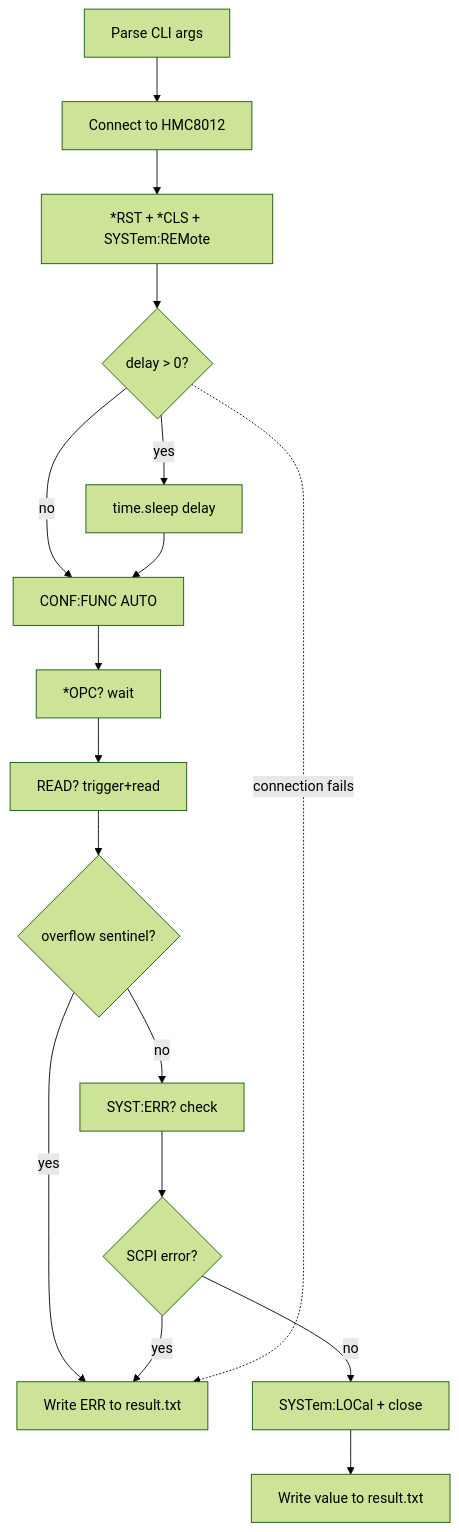
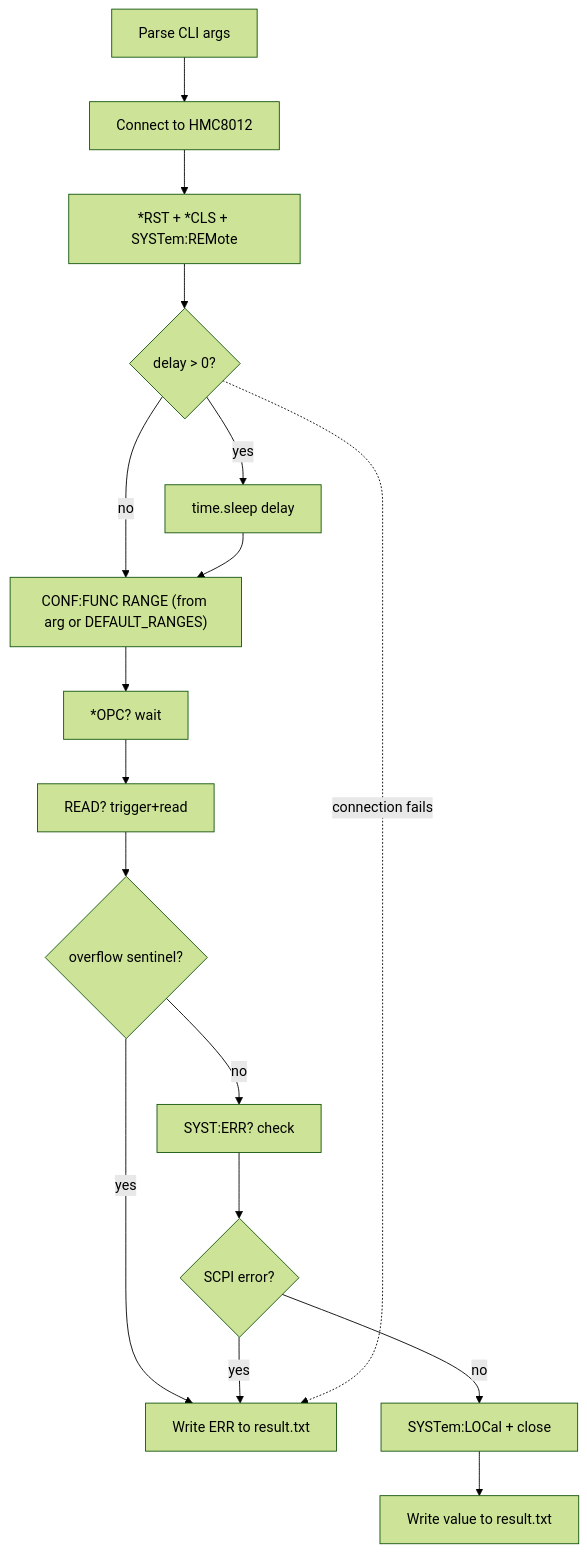
One commit to YarinCardillo/hmc8012-measure changed the third of 4 diagrams in README.md. Above: the diagram before and after it, drawn with Mermaid (forest theme). The commit also changed other lines of this file and 4 other files, not shown here.

````diff
--- a/README.md
+++ b/README.md
@@ -50,20 +170,20 @@
 ```mermaid
 flowchart TD
     A[Parse CLI args] --> B[Connect to HMC8012]
     B --> C[*RST + *CLS + SYSTem:REMote]
     C --> D{delay > 0?}
     D -- yes --> E[time.sleep delay]
     D -- no --> F
-    E --> F[CONF:FUNC AUTO]
+    E --> F["CONF:FUNC RANGE (from arg or DEFAULT_RANGES)"]
     F --> G[*OPC? wait]
     G --> H[READ? trigger+read]
     H --> I{overflow sentinel?}
     I -- yes --> ERR[Write ERR to result.txt]
     I -- no --> J[SYST:ERR? check]
     J --> K{SCPI error?}
     K -- yes --> ERR
     K -- no --> L[SYSTem:LOCal + close]
     L --> M[Write value to result.txt]
 
     D -.->|connection fails| ERR
 ```
````
